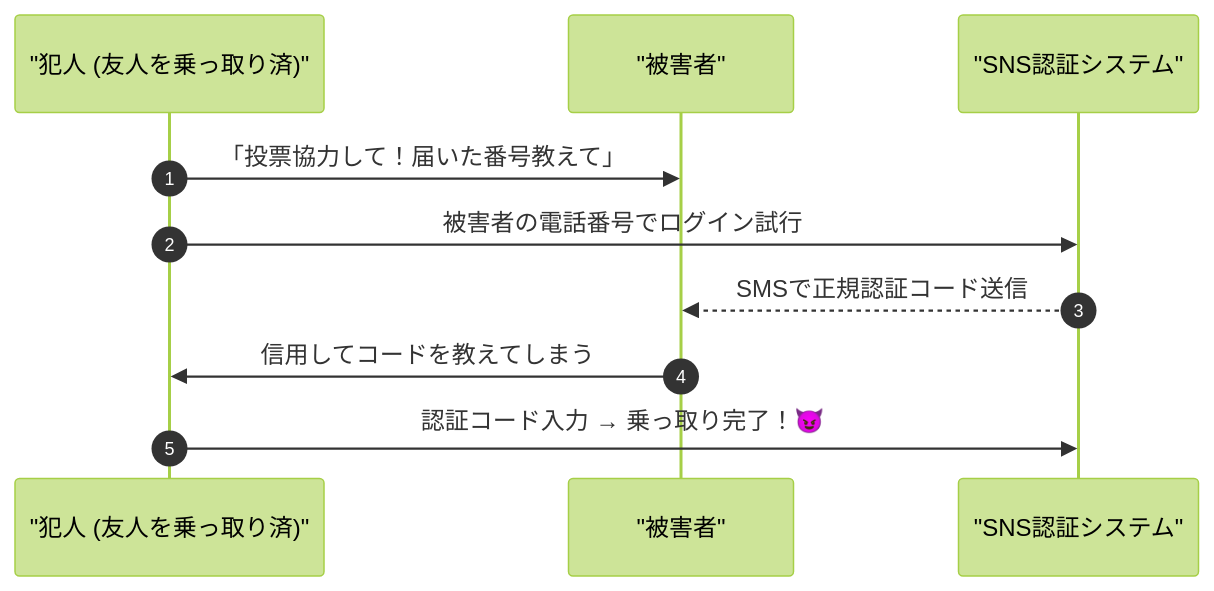
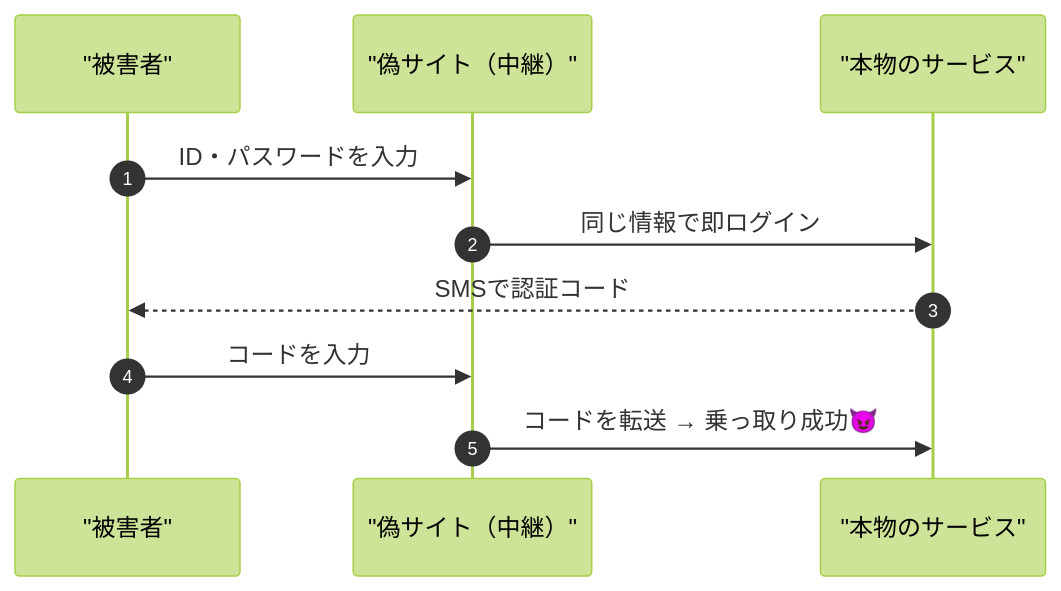
The first of 5 diagrams in security.qmd (kashiwabarakenji/multimedia), drawn with Mermaid (forest theme) before and after one commit. The commit also changed other lines of this file, not shown here.

````diff
--- a/security.qmd
+++ b/security.qmd
@@ -304,12 +161,12 @@
 ```{mermaid}
 sequenceDiagram
     autonumber
-    participant A as "犯人 (友人を乗っ取り済)"
     participant V as "被害者"
-    participant S as "SNS認証システム"
-    A->>V: 「投票協力して！届いた番号教えて」
-    A->>S: 被害者の電話番号でログイン試行
-    S-->>V: SMSで正規認証コード送信
-    V->>A: 信用してコードを教えてしまう
-    A->>S: 認証コード入力 → 乗っ取り完了！😈
+    participant F as "偽サイト（中継）"
+    participant S as "本物のサービス"
+    V->>F: ID・パスワードを入力
+    F->>S: 同じ情報で即ログイン
+    S-->>V: SMSで認証コード
+    V->>F: コードを入力
+    F->>S: コードを転送 → 乗っ取り成功😈
 ```
````
